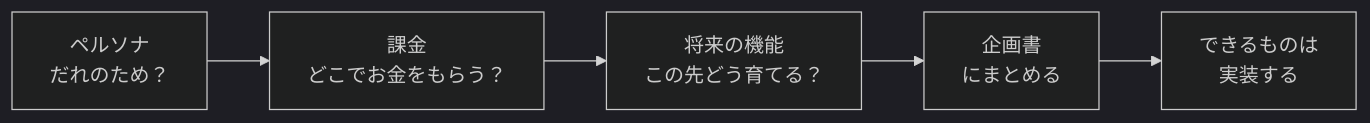
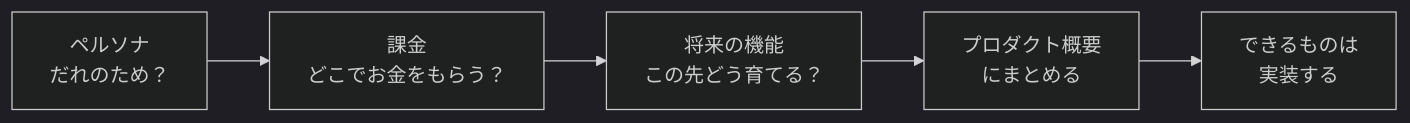
The first of 5 diagrams in docs/2年生_システム開発実践/後期/2026_10_23/自由制作の将来像も考えて作る.md (hakobunet/iica-koyama), drawn with Mermaid (dark theme) before and after one commit. The commit also changed other lines of this file, not shown here.

````diff
--- a/docs/2年生_システム開発実践/後期/2026_10_23/自由制作の将来像も考えて作る.md
+++ b/docs/2年生_システム開発実践/後期/2026_10_23/自由制作の将来像も考えて作る.md
@@ -12,5 +12,5 @@
 ```mermaid
 graph LR
-    A[ペルソナ<br>だれのため？] --> B[課金<br>どこでお金をもらう？] --> C[将来の機能<br>この先どう育てる？] --> D[企画書<br>にまとめる]
+    A[ペルソナ<br>だれのため？] --> B[課金<br>どこでお金をもらう？] --> C[将来の機能<br>この先どう育てる？] --> D[プロダクト概要<br>にまとめる]
     D --> E[できるものは<br>実装する]
 ```
````
